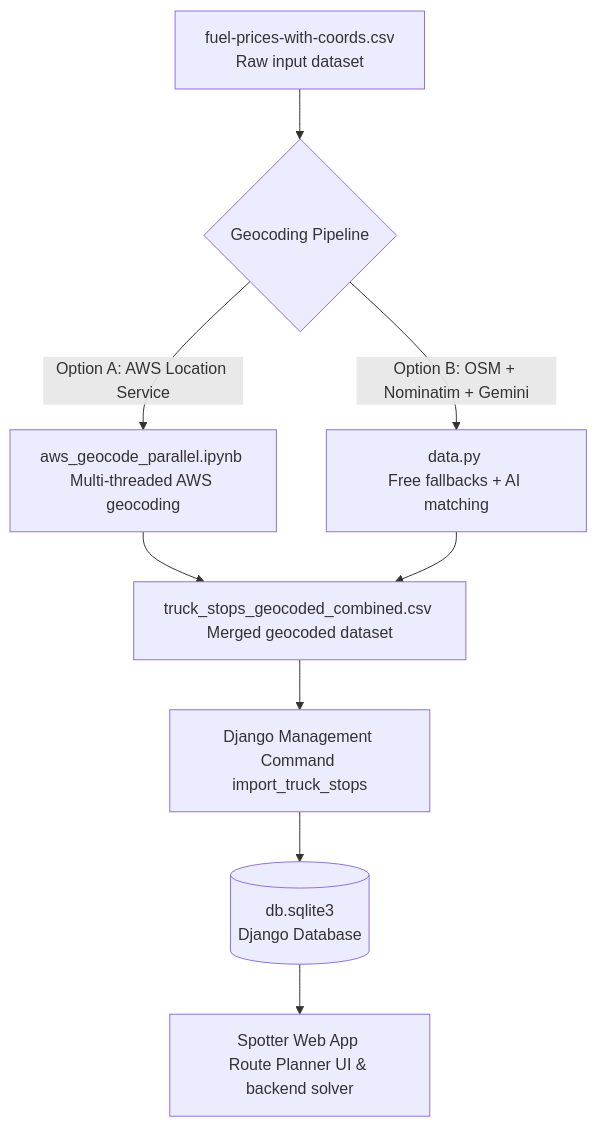
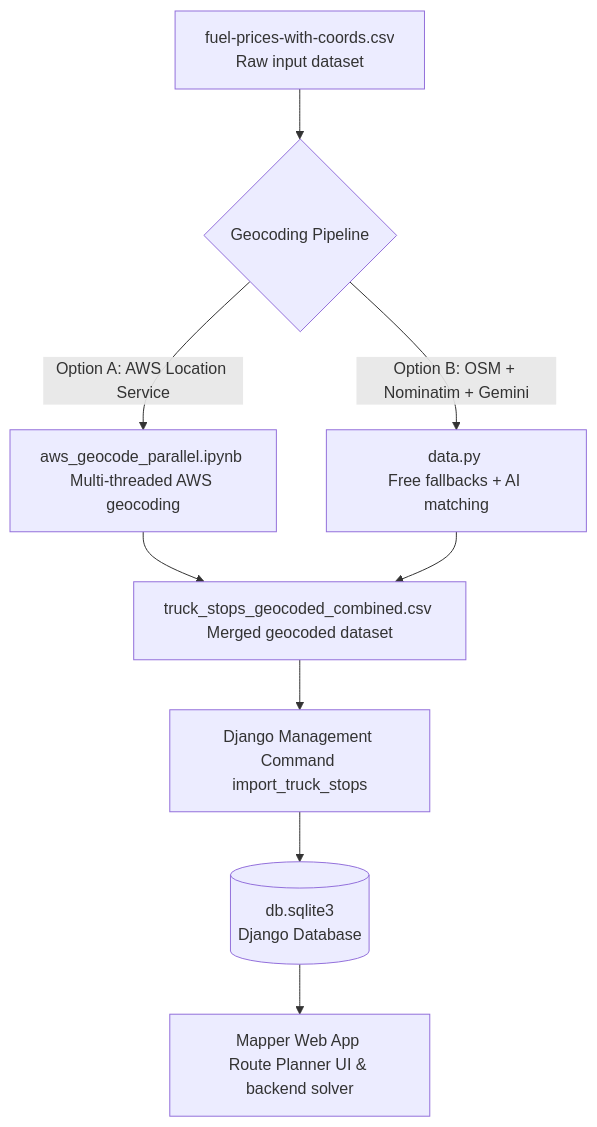
One commit to AliHamzaSafdar/maps changed the diagram in README.md. Above: the diagram before and after it, drawn with Mermaid. The commit also changed other lines of this file, not shown here.

````diff
--- a/README.md
+++ b/README.md
@@ -14,11 +14,11 @@
 ```mermaid
 graph TD
     A[fuel-prices-with-coords.csv <br/>Raw input dataset] --> B{Geocoding Pipeline}
     B -->|Option A: AWS Location Service| C[aws_geocode_parallel.ipynb <br/>Multi-threaded AWS geocoding]
     B -->|Option B: OSM + Nominatim + Gemini| D[data.py <br/>Free fallbacks + AI matching]
     C --> E[truck_stops_geocoded_combined.csv <br/>Merged geocoded dataset]
     D --> E
     E --> F[Django Management Command <br/>import_truck_stops]
     F --> G[(db.sqlite3 <br/>Django Database)]
-    G --> H[Spotter Web App <br/>Route Planner UI & backend solver]
+    G --> H[Mapper Web App <br/>Route Planner UI & backend solver]
 ```
````
